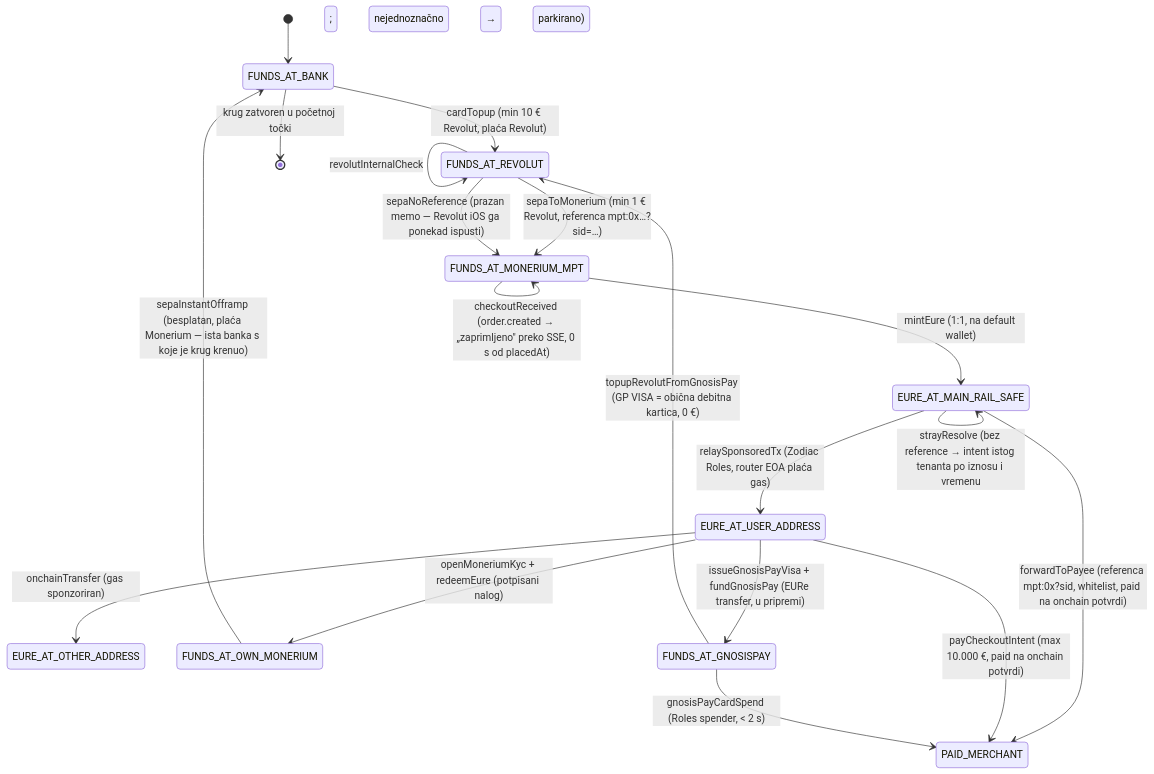
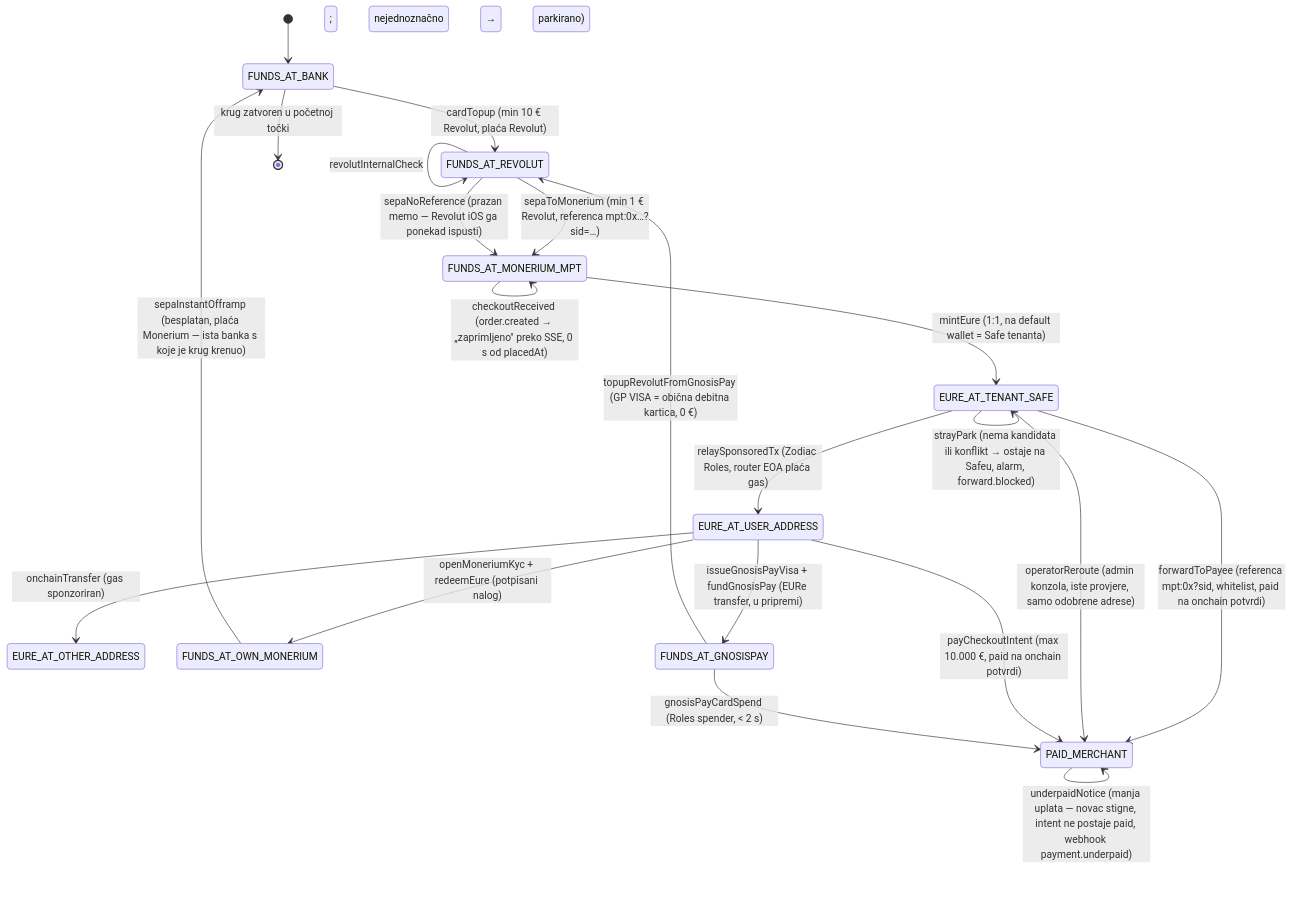
The second of 2 diagrams in docs/flow.md (domovinatv/mpt-landing), drawn with Mermaid before and after one commit. The commit also changed other lines of this file and 10 other files, not shown here.

````diff
--- a/docs/flow.md
+++ b/docs/flow.md
@@ -53,25 +53,28 @@
 ```mermaid
 stateDiagram-v2
     [*] --> FUNDS_AT_BANK
     FUNDS_AT_BANK --> FUNDS_AT_REVOLUT : cardTopup (min 10 € Revolut, plaća Revolut)
     FUNDS_AT_REVOLUT --> FUNDS_AT_REVOLUT : scanEpcQr
     FUNDS_AT_REVOLUT --> FUNDS_AT_REVOLUT : confirmAllowlist
     FUNDS_AT_REVOLUT --> FUNDS_AT_REVOLUT : revolutInternalCheck
     FUNDS_AT_REVOLUT --> FUNDS_AT_MONERIUM_MPT : sepaToMonerium (min 1 € Revolut, referenca mpt#colon;0x…?sid=…)
     FUNDS_AT_MONERIUM_MPT --> FUNDS_AT_MONERIUM_MPT : moneriumVerify (issue order placed → pending → processed)
-    FUNDS_AT_MONERIUM_MPT --> EURE_AT_MAIN_RAIL_SAFE : mintEure (1:1, na default wallet)
-    EURE_AT_MAIN_RAIL_SAFE --> EURE_AT_USER_ADDRESS : relaySponsoredTx (Zodiac Roles, router EOA plaća gas)
+    FUNDS_AT_MONERIUM_MPT --> EURE_AT_TENANT_SAFE : mintEure (1:1, na default wallet = Safe tenanta)
+    EURE_AT_TENANT_SAFE --> EURE_AT_USER_ADDRESS : relaySponsoredTx (Zodiac Roles, router EOA plaća gas)
     FUNDS_AT_REVOLUT --> FUNDS_AT_MONERIUM_MPT : sepaNoReference (prazan memo — Revolut iOS ga ponekad ispusti)
     FUNDS_AT_MONERIUM_MPT --> FUNDS_AT_MONERIUM_MPT : checkoutReceived (order.created → „zaprimljeno" preko SSE, 0 s od placedAt)
-    EURE_AT_MAIN_RAIL_SAFE --> PAID_MERCHANT : forwardToPayee (referenca mpt#colon;0x<trgovac>?sid, whitelist, paid na onchain potvrdi)
-    EURE_AT_MAIN_RAIL_SAFE --> EURE_AT_MAIN_RAIL_SAFE : strayResolve (bez reference → intent istog tenanta po iznosu i vremenu; nejednoznačno → parkirano)
+    EURE_AT_TENANT_SAFE --> PAID_MERCHANT : forwardToPayee (referenca mpt#colon;0x<trgovac>?sid, whitelist, paid na onchain potvrdi)
+    EURE_AT_TENANT_SAFE --> EURE_AT_TENANT_SAFE : strayResolve (bez reference → intent istog tenanta po iznosu i vremenu; nejednoznačno → parkirano)
+    EURE_AT_TENANT_SAFE --> EURE_AT_TENANT_SAFE : strayPark (nema kandidata ili konflikt → ostaje na Safeu, alarm, forward.blocked)
+    EURE_AT_TENANT_SAFE --> PAID_MERCHANT : operatorReroute (admin konzola, iste provjere, samo odobrene adrese)
+    PAID_MERCHANT --> PAID_MERCHANT : underpaidNotice (manja uplata — novac stigne, intent ne postaje paid, webhook payment.underpaid)
     EURE_AT_USER_ADDRESS --> EURE_AT_OTHER_ADDRESS : onchainTransfer (gas sponzoriran)
     EURE_AT_USER_ADDRESS --> PAID_MERCHANT : payCheckoutIntent (max 10.000 €, paid na onchain potvrdi)
     EURE_AT_USER_ADDRESS --> FUNDS_AT_OWN_MONERIUM : openMoneriumKyc + redeemEure (potpisani nalog)
     FUNDS_AT_OWN_MONERIUM --> FUNDS_AT_BANK : sepaInstantOfframp (besplatan, plaća Monerium — ista banka s koje je krug krenuo)
     FUNDS_AT_BANK --> [*] : krug zatvoren u početnoj točki
 
     EURE_AT_USER_ADDRESS --> FUNDS_AT_GNOSISPAY : issueGnosisPayVisa + fundGnosisPay (EURe transfer, u pripremi)
     FUNDS_AT_GNOSISPAY --> PAID_MERCHANT : gnosisPayCardSpend (Roles spender, < 2 s)
     FUNDS_AT_GNOSISPAY --> FUNDS_AT_REVOLUT : topupRevolutFromGnosisPay (GP VISA = obična debitna kartica, 0 €)
 ```
````
